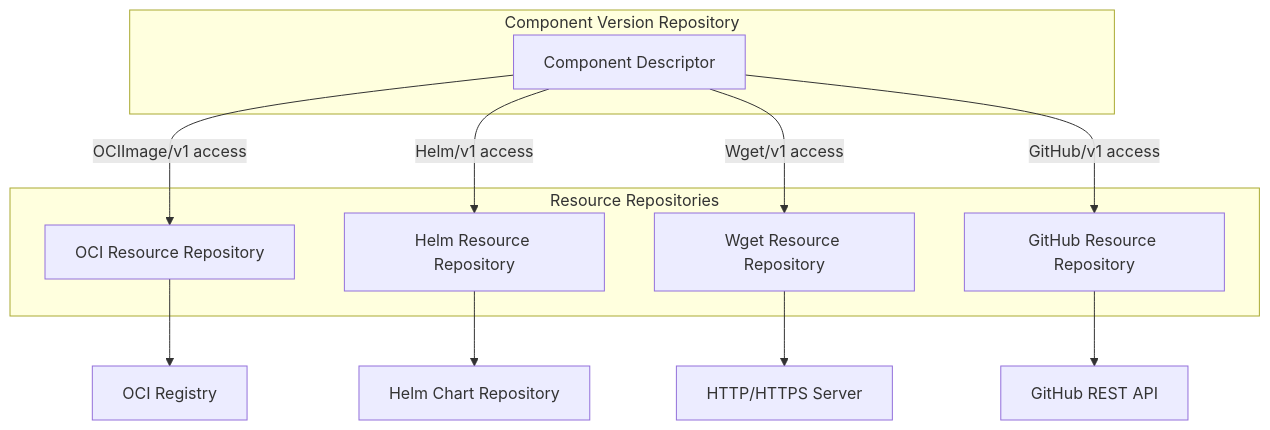
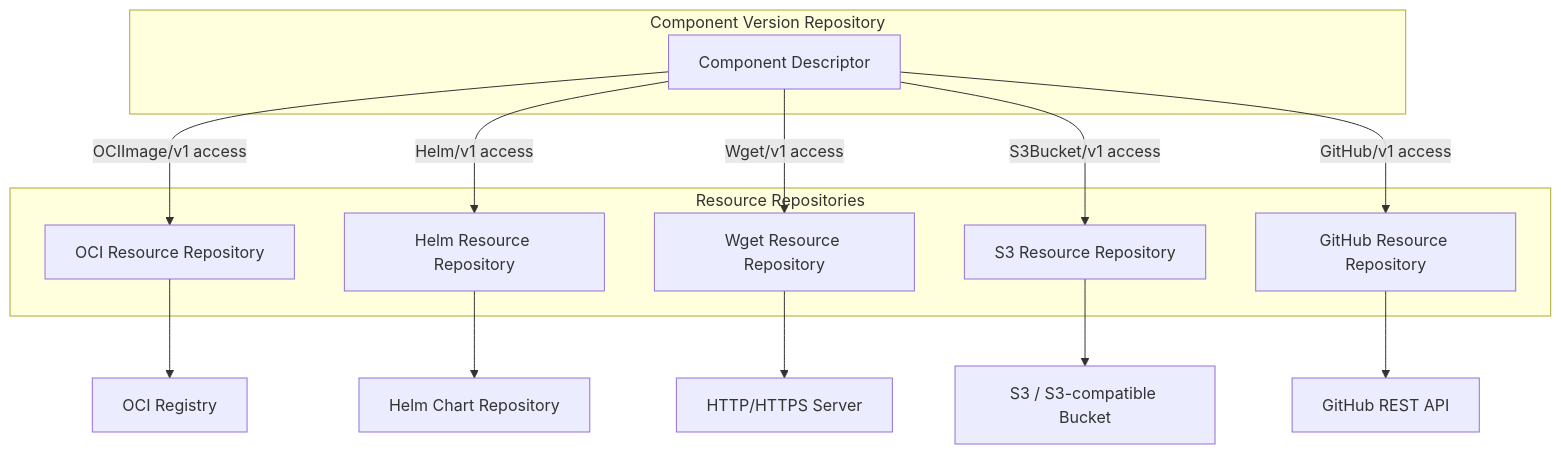
Before and after one commit to open-component-model/open-component-model: the diagram in website/content/docs/concepts/resource-repositories.md, drawn with Mermaid. The commit also changed 13 other files, not shown here.

````diff
--- a/website/content/docs/concepts/resource-repositories.md
+++ b/website/content/docs/concepts/resource-repositories.md
@@ -31,22 +31,25 @@
 ```mermaid
 flowchart TB
     subgraph cv ["Component Version Repository"]
         CD["Component Descriptor"]
     end
 
     subgraph resources ["Resource Repositories"]
         OCI["OCI Resource Repository"]
         Helm["Helm Resource Repository"]
         Wget["Wget Resource Repository"]
+        S3["S3 Resource Repository"]
         GitHub["GitHub Resource Repository"]
     end
 
     CD -->|"OCIImage/v1 access"| OCI
     CD -->|"Helm/v1 access"| Helm
     CD -->|"Wget/v1 access"| Wget
+    CD -->|"S3Bucket/v1 access"| S3
     CD -->|"GitHub/v1 access"| GitHub
     OCI --> Registry["OCI Registry"]
     Helm --> HelmRepo["Helm Chart Repository"]
     Wget --> HTTP["HTTP/HTTPS Server"]
+    S3 --> Bucket["S3 / S3-compatible Bucket"]
     GitHub --> GitHubAPI["GitHub REST API"]
 ```
````
